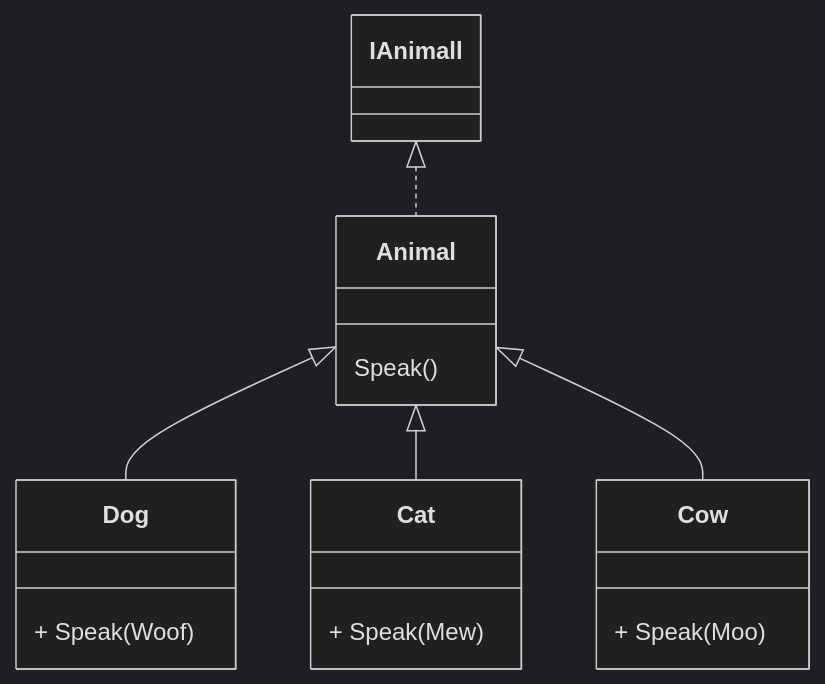
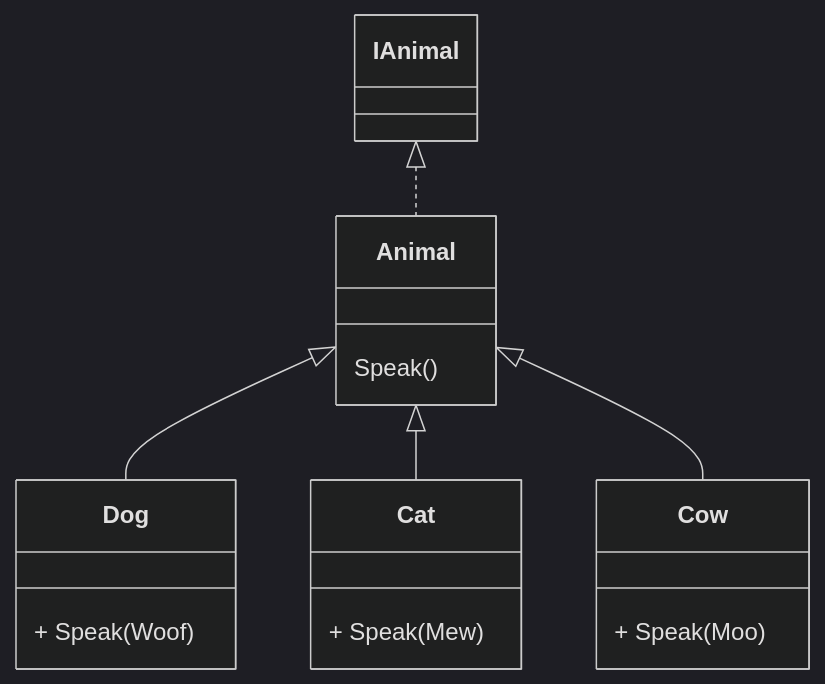
The diagram in README.md (TGabinW/CW6), drawn with Mermaid (dark theme) before and after one commit.

````diff
--- a/README.md
+++ b/README.md
@@ -3,18 +3,18 @@
 ```mermaid
 classDiagram
-    IAnimall<|..Animal
+    IAnimal<|..Animal
     Animal: Speak()
    
     Animal <|-- Dog
     Animal <|-- Cat
     Animal <|-- Cow
     class Dog{
         +  Speak(Woof)
     }
     class Cat{
         + Speak(Mew)
     }
     class Cow{
         + Speak(Moo)
     }
 ```
````
